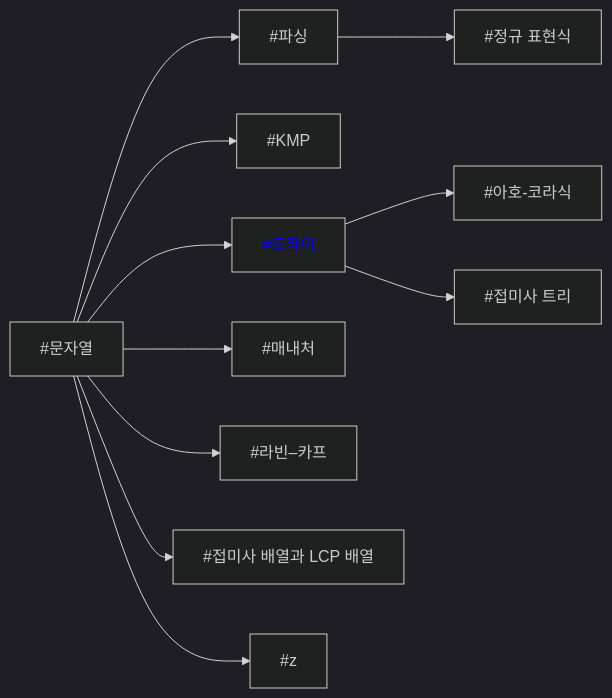
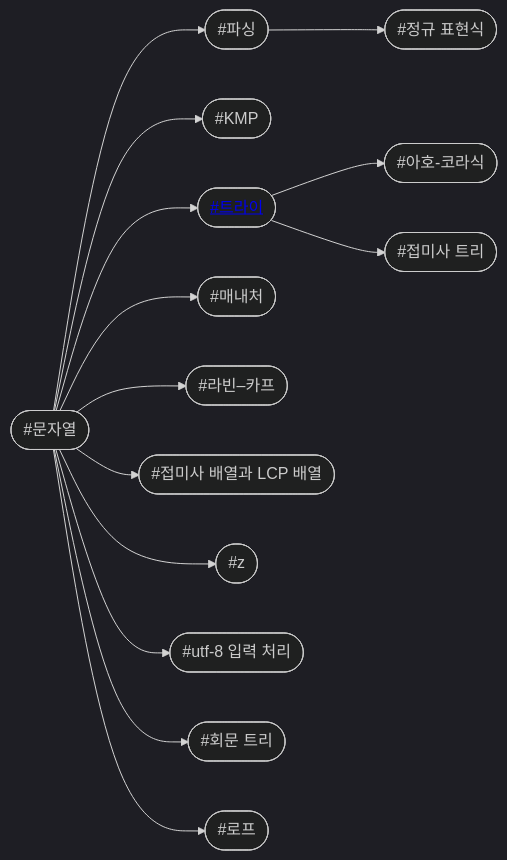
The sixth of 12 diagrams in index.md (CHOYUNSIG/algorithm_with_boj), drawn with Mermaid (dark theme) before and after one commit. The commit also changed other lines of this file and 1 other file, not shown here.

```diff
--- a/index.md
+++ b/index.md
@@ -211,26 +264,32 @@
 <pre class="mermaid">
     graph LR
 
     #string --> #parsing
     #string --> #kmp
     #string --> #trie
     #string --> #manacher
     #string --> #rabin_karp
     #string --> #suffix_array
     #string --> #z
+    #string --> #utf8
+    #string --> #palindrome_tree
+    #string --> #rope
     #parsing --> #regex
     #trie --> #aho_corasick
     #trie --> #suffix_tree
 
-    #kmp[#KMP]
-    #z[#z]
-    #rabin_karp[#라빈–카프]
-    #manacher[#매내처]
-    #string[#문자열]
-    #aho_corasick[#아호-코라식]
-    #suffix_array[#접미사 배열과 LCP 배열]
-    #suffix_tree[#접미사 트리]
-    #regex[#정규 표현식]
-    #trie[<a href="post/2024/01/03/trie.html">#트라이</a>]
-    #parsing[#파싱]
+    #kmp(["#KMP"])
+    #utf8(["#utf-8 입력 처리"])
+    #z(["#z"])
+    #rabin_karp(["#라빈–카프"])
+    #rope(["#로프"])
+    #manacher(["#매내처"])
+    #string(["#문자열"])
+    #aho_corasick(["#아호-코라식"])
+    #suffix_array(["#접미사 배열과 LCP 배열"])
+    #suffix_tree(["#접미사 트리"])
+    #regex(["#정규 표현식"])
+    #trie(["<a href="post/2024/01/03/trie.html">#트라이</a>"])
+    #parsing(["#파싱"])
+    #palindrome_tree(["#회문 트리"])
 </pre>
```
